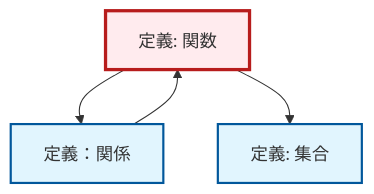
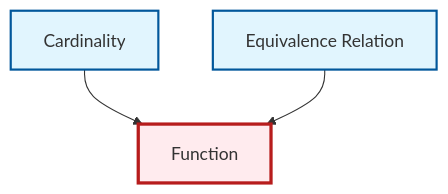
Before and after one commit to RK0429/ModernMath: the diagram in content/ja/logic-set-theory/def-function.qmd, drawn with Mermaid. The commit also changed 328 other files, not shown here.

````diff
--- a/content/ja/logic-set-theory/def-function.qmd
+++ b/content/ja/logic-set-theory/def-function.qmd
@@ -75,18 +75,17 @@
 ```{mermaid}
 %%| fig-cap: "ローカル依存関係グラフ"
 graph TD
     classDef definition fill:#e1f5fe,stroke:#01579b,stroke-width:2px
     classDef theorem fill:#f3e5f5,stroke:#4a148c,stroke-width:2px
     classDef axiom fill:#fff3e0,stroke:#e65100,stroke-width:2px
     classDef example fill:#e8f5e9,stroke:#1b5e20,stroke-width:2px
     classDef current fill:#ffebee,stroke:#b71c1c,stroke-width:3px
-    def-set["定義: 集合"]:::definition
-    def-function["定義: 関数"]:::definition
-    def-relation["定義：関係"]:::definition
-    def-function --> def-relation
-    def-function --> def-set
-    def-relation --> def-function
+    def-cardinality["Cardinality"]:::definition
+    def-equivalence-relation["Equivalence Relation"]:::definition
+    def-function["Function"]:::definition
+    def-cardinality --> def-function
+    def-equivalence-relation --> def-function
     class def-function current
-    click def-set "def-set.html" "集合の定義へ"
-    click def-relation "def-relation.html" "定義：関係へ"
+    click def-cardinality "def-cardinality.html" "Cardinalityへ"
+    click def-equivalence-relation "def-equivalence-relation.html" "Equivalence Relationへ"
 ```
````
